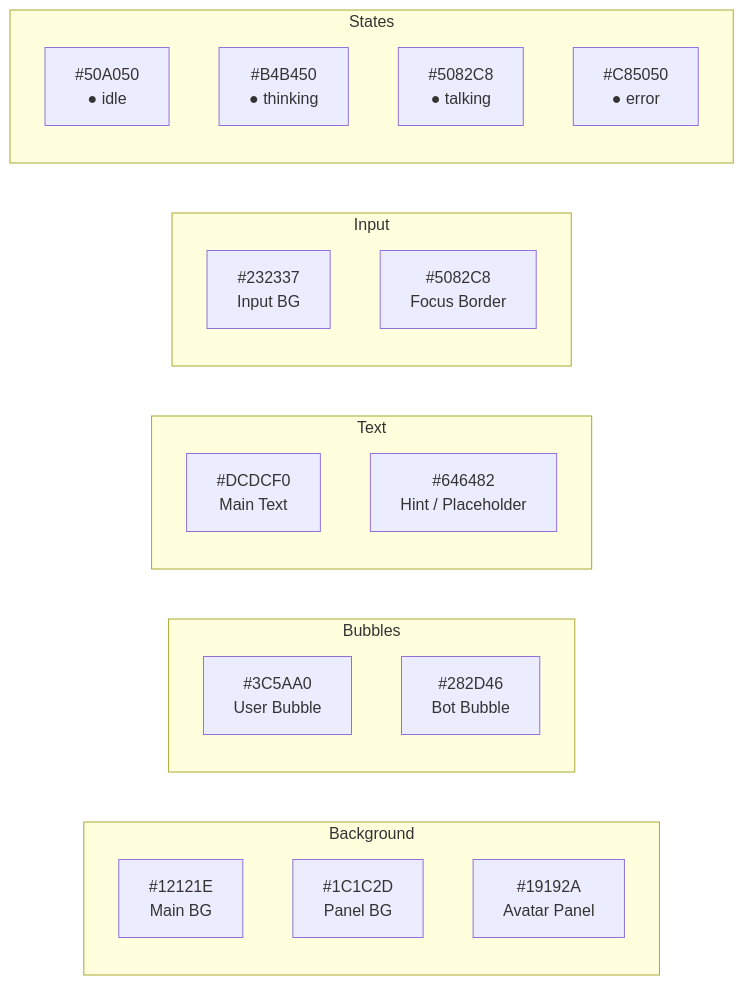
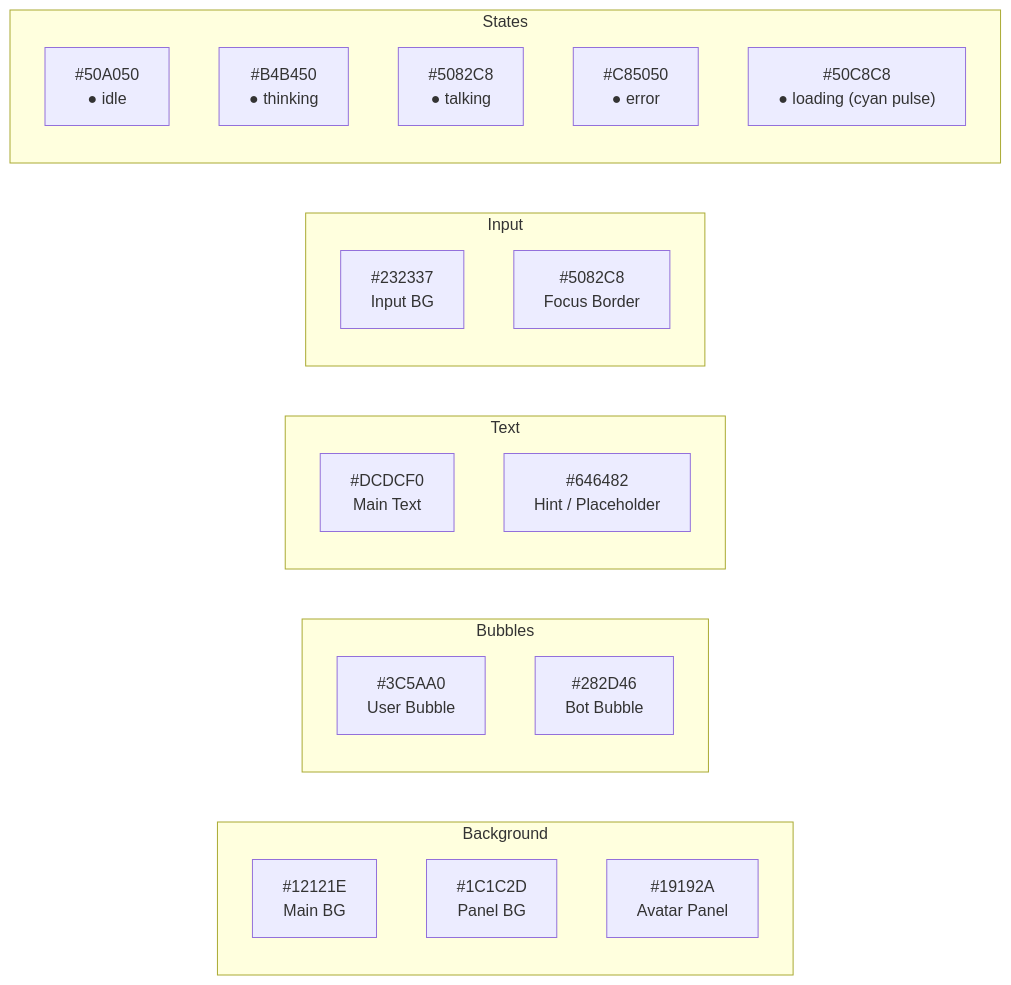
One commit to KhunKomkrit/agentbk changed the second of 6 diagrams in docs/02-ui-design.md. Above: the diagram before and after it, drawn with Mermaid. The commit also changed other lines of this file and 12 other files, not shown here.

````diff
--- a/docs/02-ui-design.md
+++ b/docs/02-ui-design.md
@@ -24,30 +24,31 @@
 ```mermaid
 graph LR
     subgraph Background
         BG["#12121E\nMain BG"]
         PANEL["#1C1C2D\nPanel BG"]
         AVATAR_BG["#19192A\nAvatar Panel"]
     end
 
     subgraph Bubbles
         USER_B["#3C5AA0\nUser Bubble"]
         BOT_B["#282D46\nBot Bubble"]
     end
 
     subgraph Text
         TEXT["#DCDCF0\nMain Text"]
         HINT["#646482\nHint / Placeholder"]
     end
 
     subgraph Input
         INP_BG["#232337\nInput BG"]
         INP_FOCUS["#5082C8\nFocus Border"]
     end
 
     subgraph States
         IDLE_C["#50A050\n● idle"]
         THINK_C["#B4B450\n● thinking"]
         TALK_C["#5082C8\n● talking"]
         ERR_C["#C85050\n● error"]
+        LOAD_C["#50C8C8\n● loading (cyan pulse)"]
     end
 ```
````
